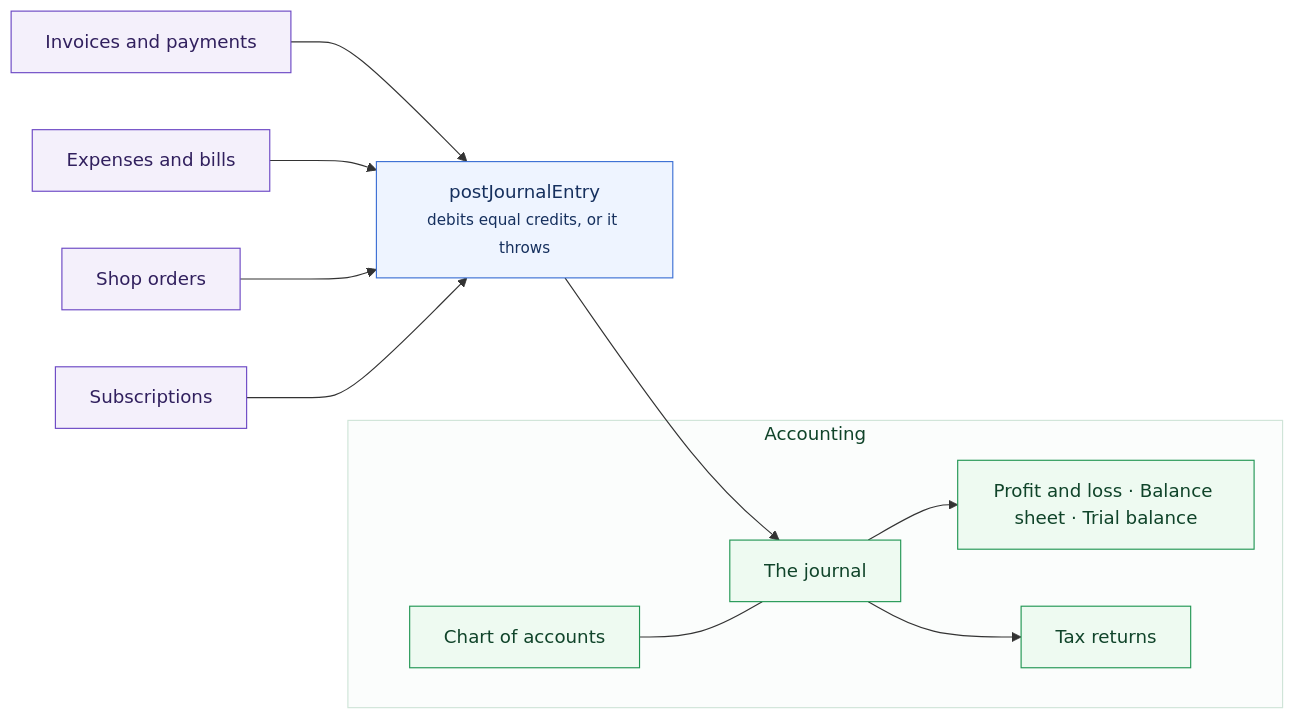
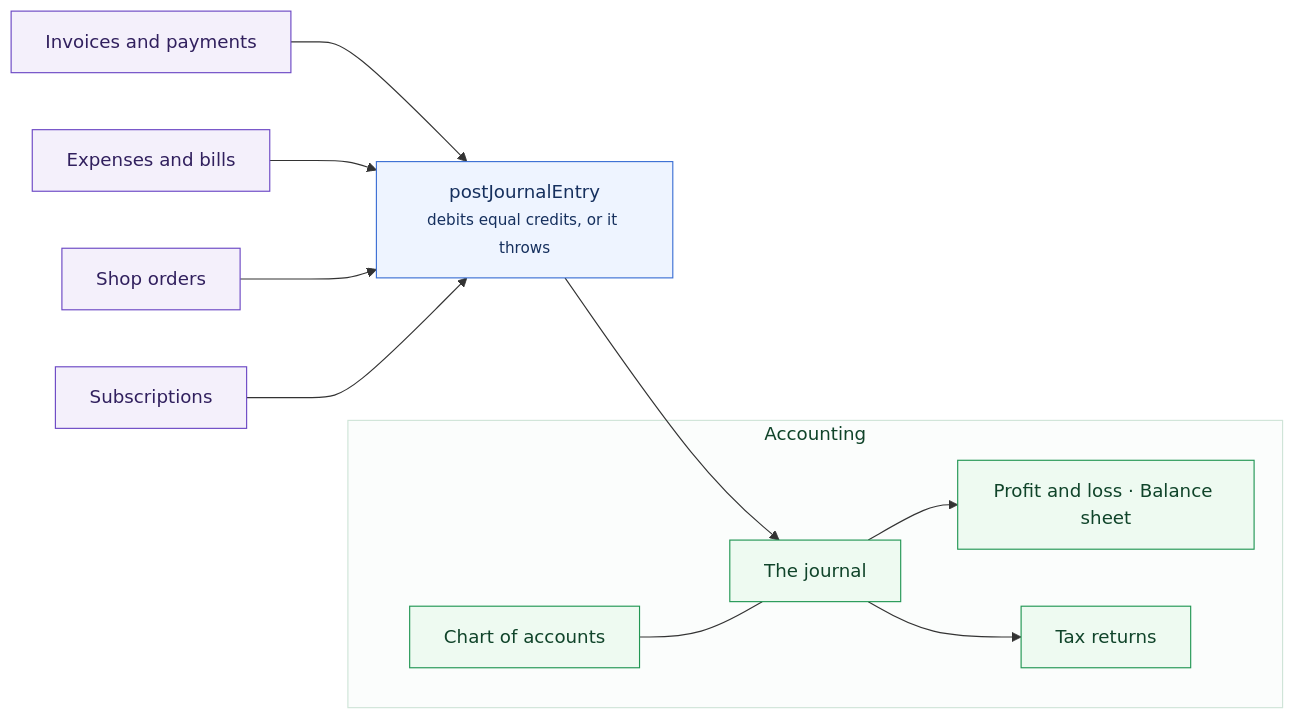
Before and after one commit to Sentrello/Sentrello: the diagram in docs/site/02-core/accounting.md, drawn with Mermaid. The commit also changed 13 other files, not shown here.

````diff
--- a/docs/site/02-core/accounting.md
+++ b/docs/site/02-core/accounting.md
@@ -23,29 +23,29 @@
 ```mermaid
 flowchart LR
   classDef screen fill:#eef4ff,stroke:#3b6fd4,color:#16305e
   classDef own fill:#eefaf1,stroke:#219653,color:#10442a
   classDef out fill:#f4f0fb,stroke:#6b47c4,color:#31205e
   classDef pub fill:#fff4ec,stroke:#c4470f,color:#5a2207
   INV["Invoices and payments"]:::out
   EXP["Expenses and bills"]:::out
   SHOP["Shop orders"]:::out
   SUB["Subscriptions"]:::out
 
   POST["postJournalEntry<br/><small>debits equal credits, or it throws</small>"]:::screen
   subgraph OWN[" Accounting "]
     JR["The journal"]:::own
     COA["Chart of accounts"]:::own
-    RPT["Profit and loss · Balance sheet · Trial balance"]:::own
+    RPT["Profit and loss · Balance sheet"]:::own
     TAX["Tax returns"]:::own
   end
 
   INV --> POST
   EXP --> POST
   SHOP --> POST
   SUB --> POST
   POST --> JR
   COA --- JR
   JR --> RPT
   JR --> TAX
   style OWN fill:#fbfdfc,stroke:#cfe4d8,color:#10442a
 ```
````
